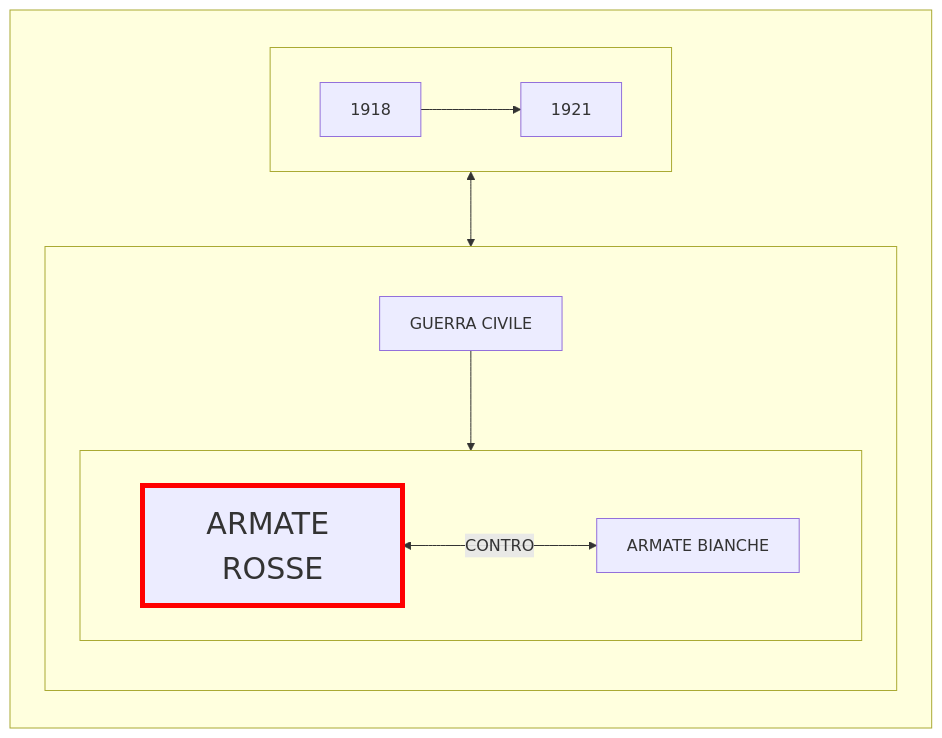
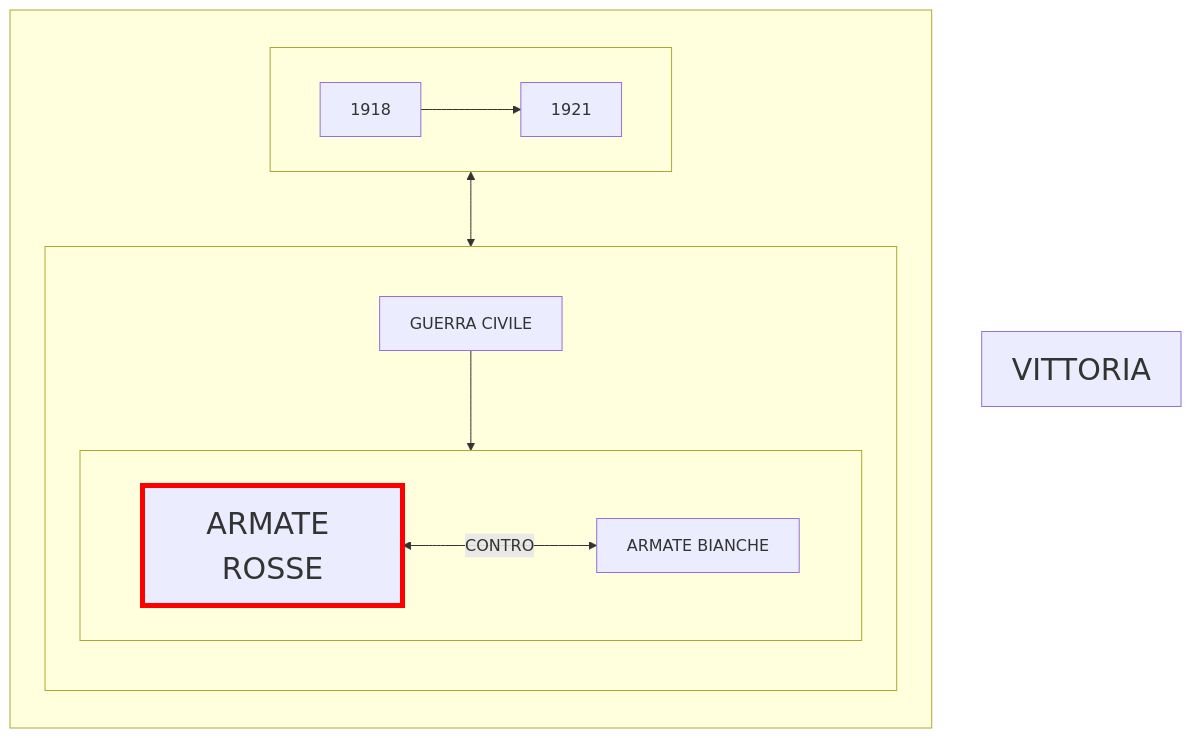
One commit to Laaouatni/ricerca-storia-MermaidJS changed the diagram in prova.md. Above: the diagram before and after it, drawn with Mermaid.

````diff
--- a/prova.md
+++ b/prova.md
@@ -1,26 +1,28 @@
 ```mermaid
 flowchart TB;
   subgraph 0[" "]
     direction TB;
     subgraph 01[" "]
       direction LR;
       010[1918]
       011[1921]
       010 --> 011
     end
     01 <--> 02
 
     subgraph 02[" "]
       direction TB;
       020[GUERRA CIVILE]
       subgraph 021[" "]
         direction LR;
         0210[ARMATE ROSSE]
         style 0210 stroke:#ff0000,stroke-width:5px, font-size:30px;
         0211[ARMATE BIANCHE]
         0210 <-->|CONTRO| 0211
       end
       020 --> 021
     end
   end
+  1[VITTORIA]
+  style 1 font-size:30px;
 ```
````
